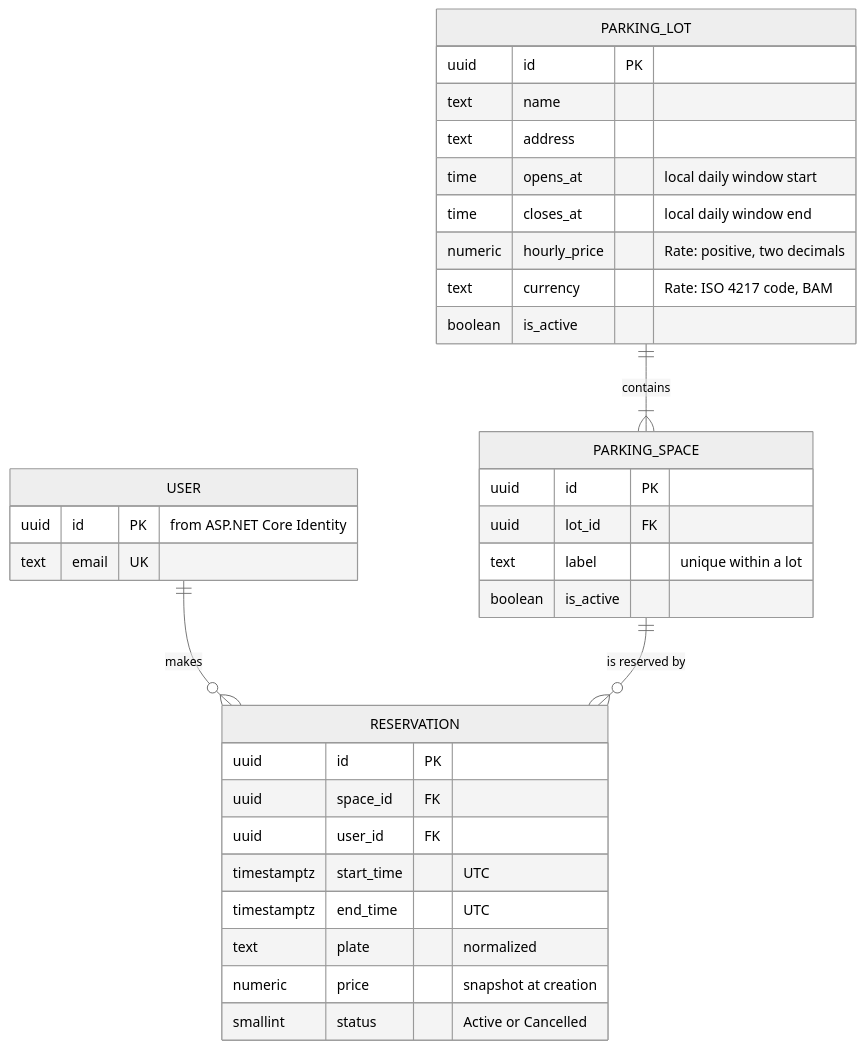
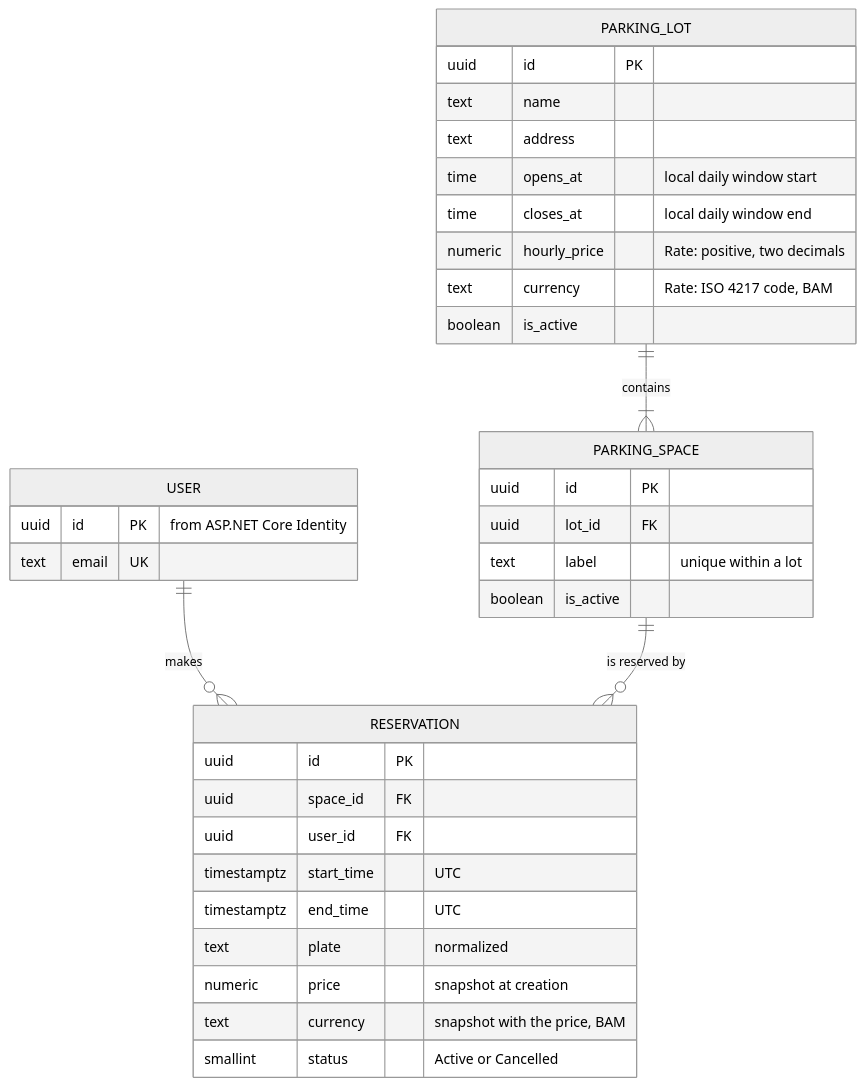
The diagram in docs/product-brief.md (lalana32/citypark), drawn with Mermaid (neutral theme) before and after one commit. The commit also changed other lines of this file, not shown here.

Commit message:
docs(product): align cancellation wording and reservation ERD with the domain (CP-010)

````diff
--- a/docs/product-brief.md
+++ b/docs/product-brief.md
@@ -135,37 +135,38 @@
 ```mermaid
 erDiagram
     USER ||--o{ RESERVATION : makes
     PARKING_LOT ||--|{ PARKING_SPACE : contains
     PARKING_SPACE ||--o{ RESERVATION : "is reserved by"
 
     USER {
         uuid id PK "from ASP.NET Core Identity"
         text email UK
     }
     PARKING_LOT {
         uuid id PK
         text name
         text address
         time opens_at "local daily window start"
         time closes_at "local daily window end"
         numeric hourly_price "Rate: positive, two decimals"
         text currency "Rate: ISO 4217 code, BAM"
         boolean is_active
     }
     PARKING_SPACE {
         uuid id PK
         uuid lot_id FK
         text label "unique within a lot"
         boolean is_active
     }
     RESERVATION {
         uuid id PK
         uuid space_id FK
         uuid user_id FK
         timestamptz start_time "UTC"
         timestamptz end_time "UTC"
         text plate "normalized"
         numeric price "snapshot at creation"
+        text currency "snapshot with the price, BAM"
         smallint status "Active or Cancelled"
     }
 ```
````
